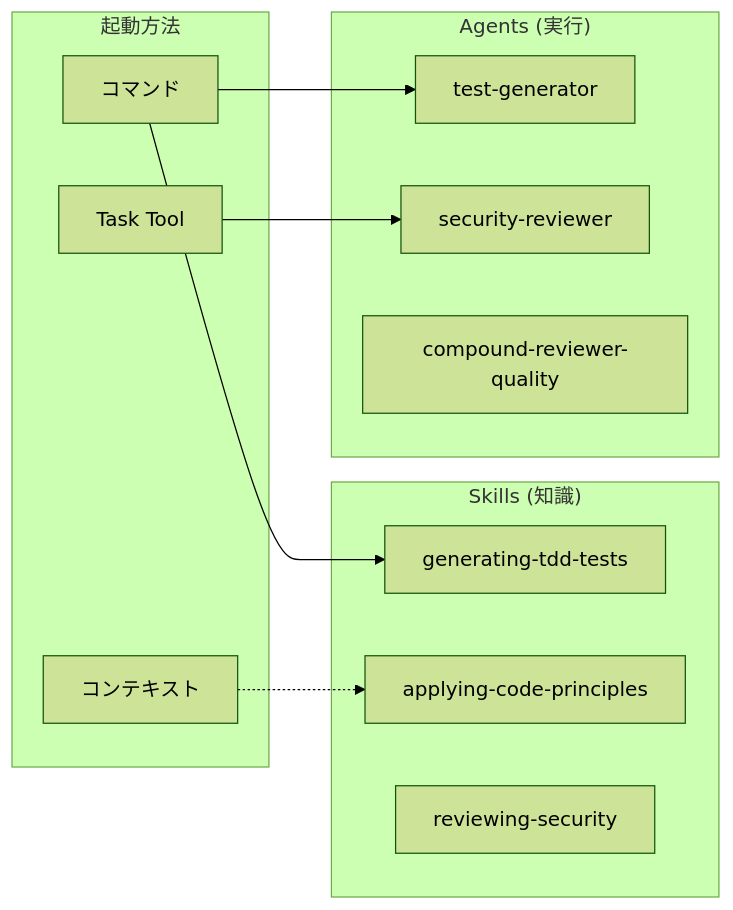
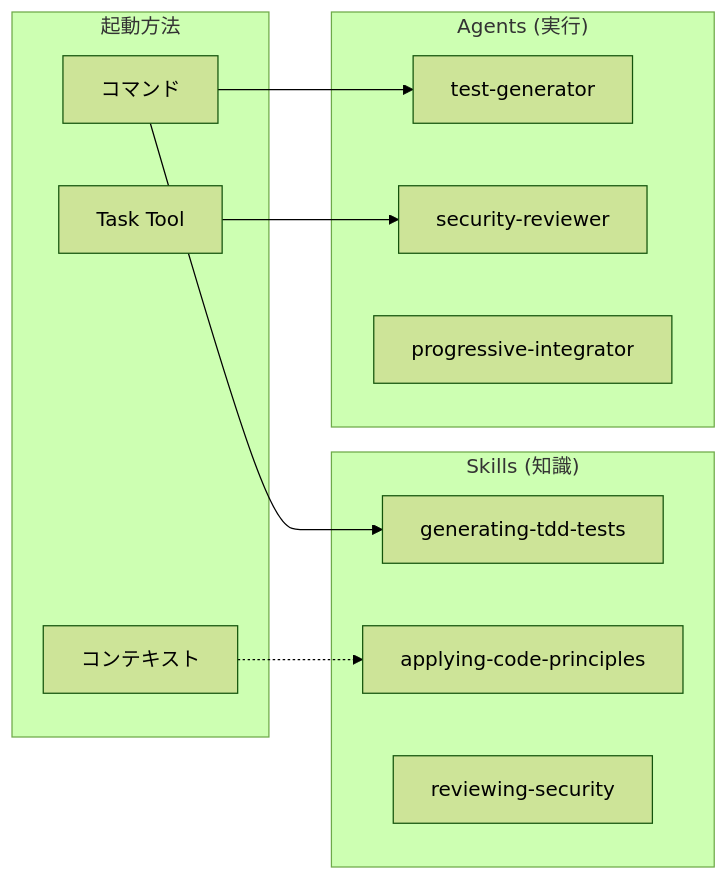
Before and after one commit to thkt/dotclaude: the first of 2 diagrams in .ja/docs/SKILLS_AGENTS.md, drawn with Mermaid (forest theme). The commit also changed other lines of this file and 15 other files, not shown here.

First line of the commit message:
refactor(audit): flatten pipeline by removing compound-reviewer layer (ADR-0012)

````diff
--- a/.ja/docs/SKILLS_AGENTS.md
+++ b/.ja/docs/SKILLS_AGENTS.md
@@ -9,21 +9,21 @@
 ```mermaid
 graph LR
     subgraph Skills["Skills (知識)"]
         S1[generating-tdd-tests]
         S2[applying-code-principles]
         S3[reviewing-security]
     end
 
     subgraph Agents["Agents (実行)"]
         A1[test-generator]
         A2[security-reviewer]
-        A3[compound-reviewer-quality]
+        A3[progressive-integrator]
     end
 
     subgraph Trigger["起動方法"]
         CMD[コマンド] --> S1
         CMD --> A1
         CTX[コンテキスト] -.-> S2
         TASK[Task Tool] --> A2
     end
 ```
````
